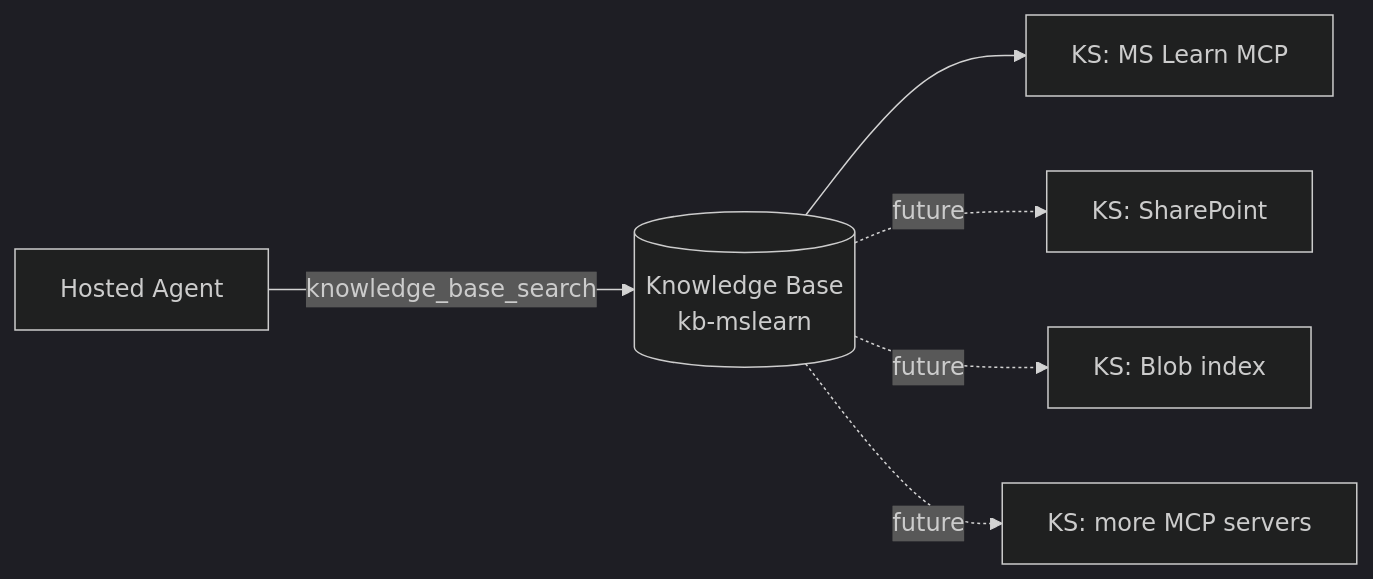
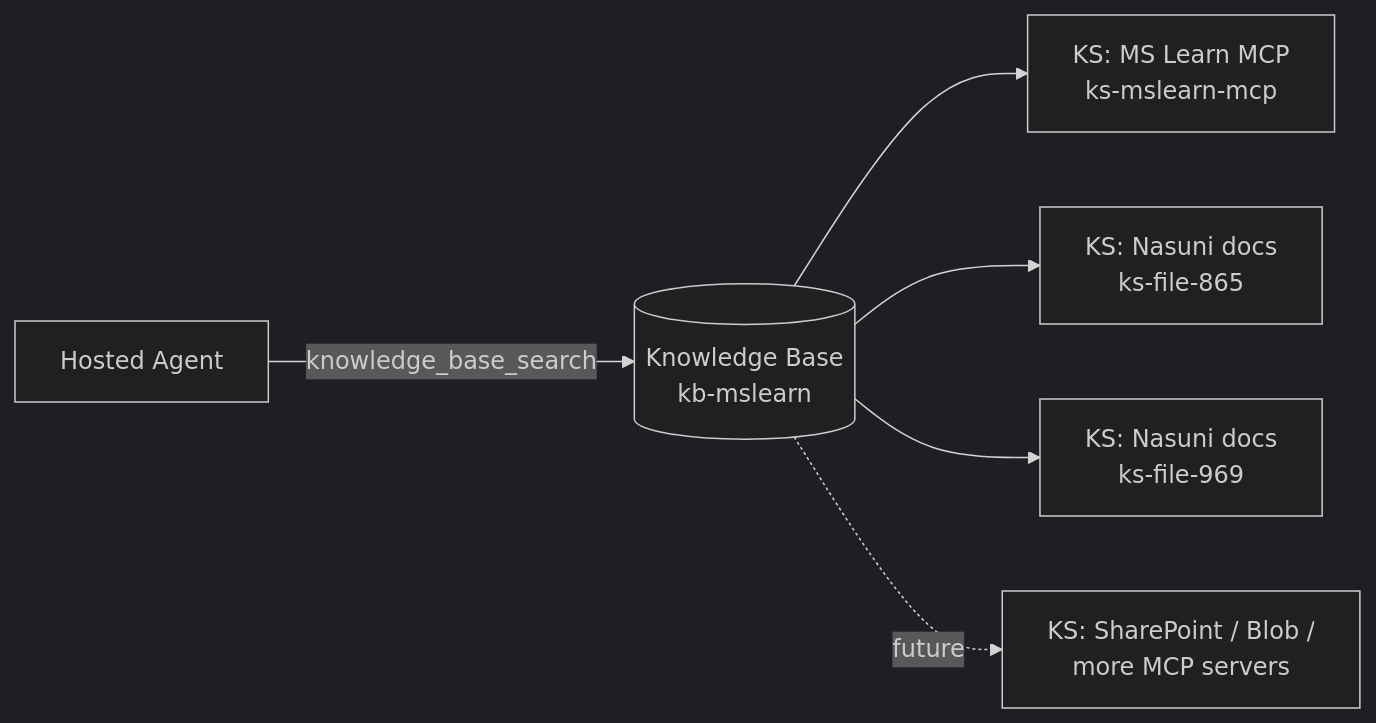
One commit to michaelsrichter/nasuni-azure-assistant changed the second of 4 diagrams in docs/architecture.md. Above: the diagram before and after it, drawn with Mermaid (dark theme). The commit also changed other lines of this file and 9 other files, not shown here.

````diff
--- a/docs/architecture.md
+++ b/docs/architecture.md
@@ -82,8 +86,8 @@
 ```mermaid
 flowchart LR
     AG[Hosted Agent] -- knowledge_base_search --> KB[(Knowledge Base<br/>kb-mslearn)]
-    KB --> S1[KS: MS Learn MCP]
-    KB -. future .-> S2[KS: SharePoint]
-    KB -. future .-> S3[KS: Blob index]
-    KB -. future .-> S4[KS: more MCP servers]
+    KB --> S1[KS: MS Learn MCP<br/>ks-mslearn-mcp]
+    KB --> S2[KS: Nasuni docs<br/>ks-file-865]
+    KB --> S3[KS: Nasuni docs<br/>ks-file-969]
+    KB -. future .-> S4[KS: SharePoint / Blob /<br/>more MCP servers]
 ```
````
